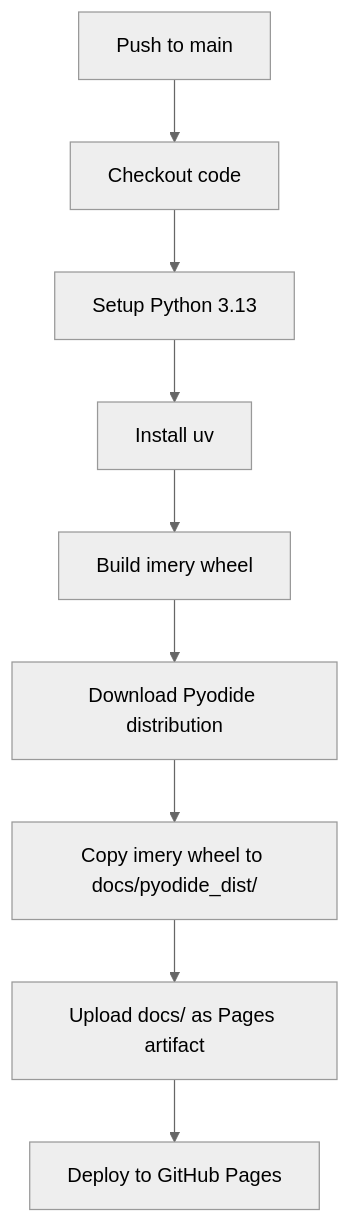
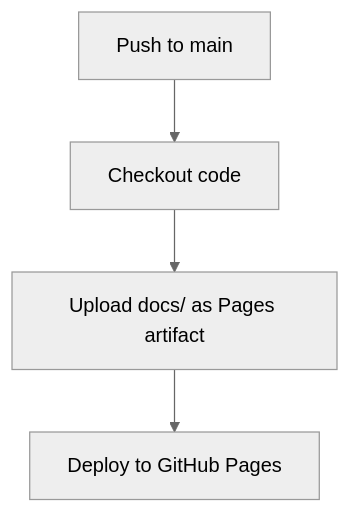
The diagram in docs/README.md (zokrezyl/imery), drawn with Mermaid (neutral theme) before and after one commit. The commit also changed other lines of this file and 4 other files, not shown here.

````diff
--- a/docs/README.md
+++ b/docs/README.md
@@ -129,11 +129,6 @@
 ```mermaid
 graph TD
     A[Push to main] --> B[Checkout code]
-    B --> C[Setup Python 3.13]
-    C --> D[Install uv]
-    D --> E[Build imery wheel]
-    E --> F[Download Pyodide distribution]
-    F --> G[Copy imery wheel to docs/pyodide_dist/]
-    G --> H[Upload docs/ as Pages artifact]
-    H --> I[Deploy to GitHub Pages]
+    B --> C[Upload docs/ as Pages artifact]
+    C --> D[Deploy to GitHub Pages]
 ```
````
